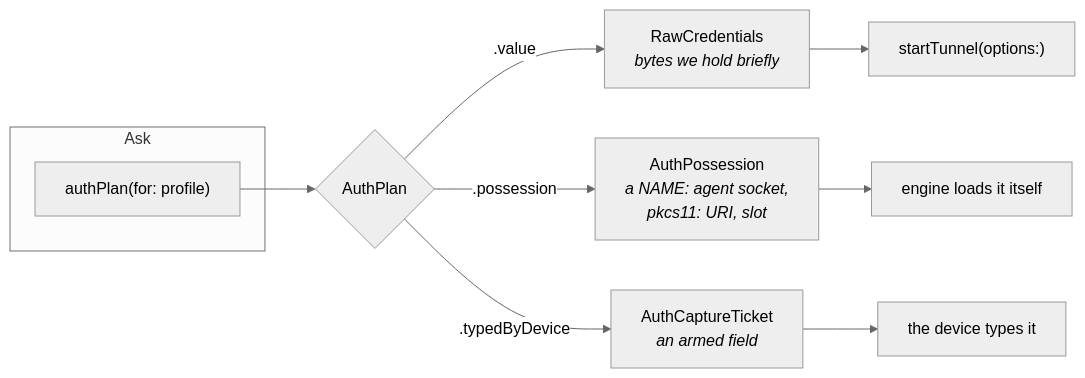
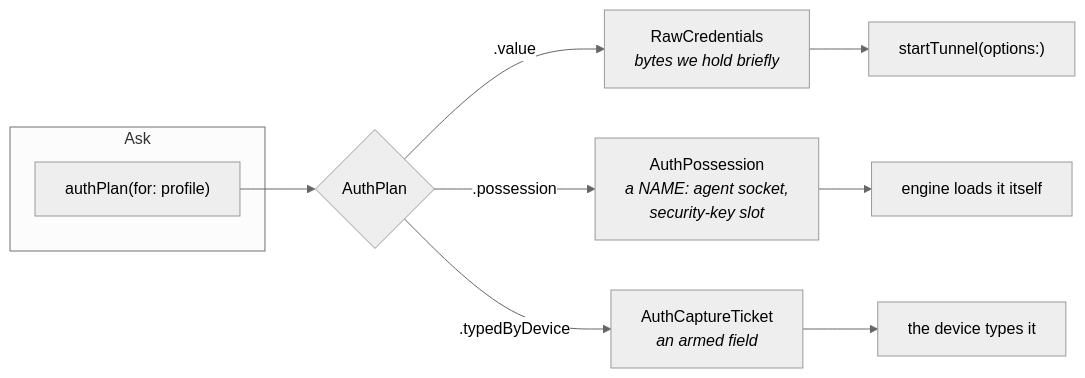
One commit to bitwisecook/SimpleVPN changed the first of 6 diagrams in Docs/AuthArchitecture.md. Above: the diagram before and after it, drawn with Mermaid (neutral theme). The commit also changed other lines of this file and 59 other files, not shown here.

````diff
--- a/Docs/AuthArchitecture.md
+++ b/Docs/AuthArchitecture.md
@@ -26,13 +24,13 @@
 ```mermaid
 flowchart LR
     subgraph Ask
         A["authPlan(for: profile)"]
     end
     A --> P{AuthPlan}
     P -->|".value"| V["RawCredentials<br/><i>bytes we hold briefly</i>"]
-    P -->|".possession"| N["AuthPossession<br/><i>a NAME: agent socket,<br/>pkcs11: URI, slot</i>"]
+    P -->|".possession"| N["AuthPossession<br/><i>a NAME: agent socket,<br/>security-key slot</i>"]
     P -->|".typedByDevice"| T["AuthCaptureTicket<br/><i>an armed field</i>"]
     V --> S["startTunnel(options:)"]
     N --> E["engine loads it itself"]
     T --> K["the device types it"]
 ```
````
